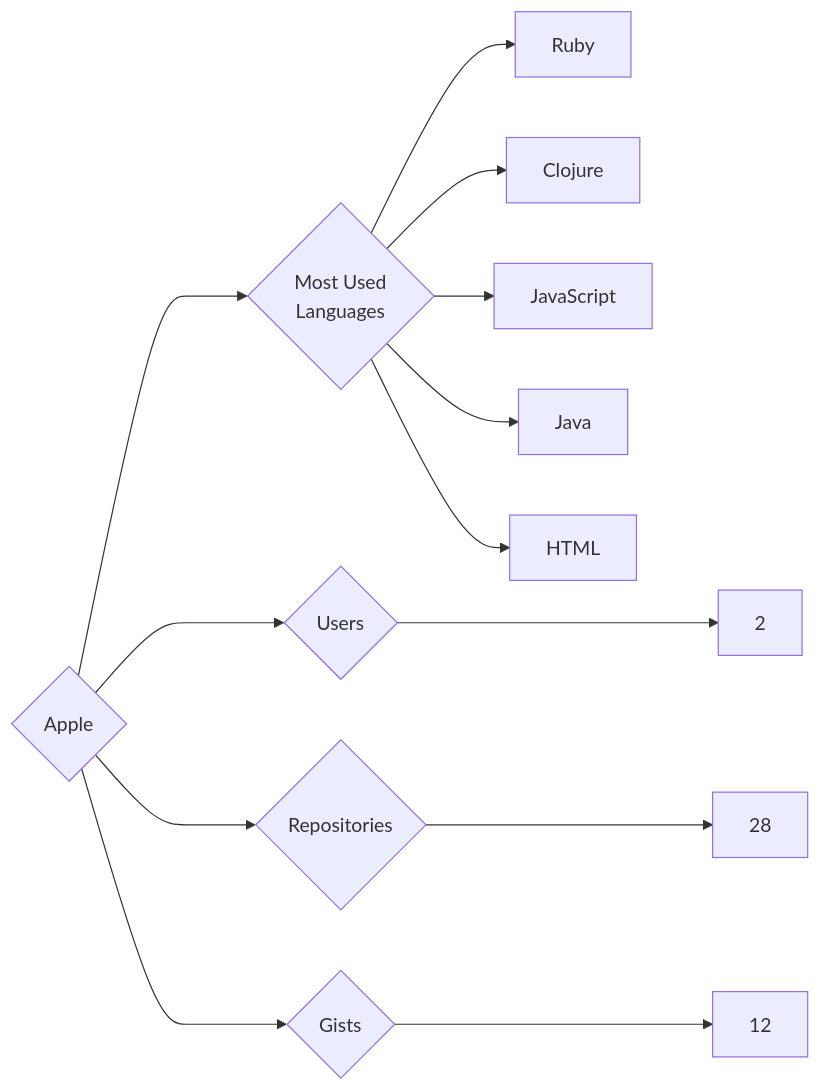
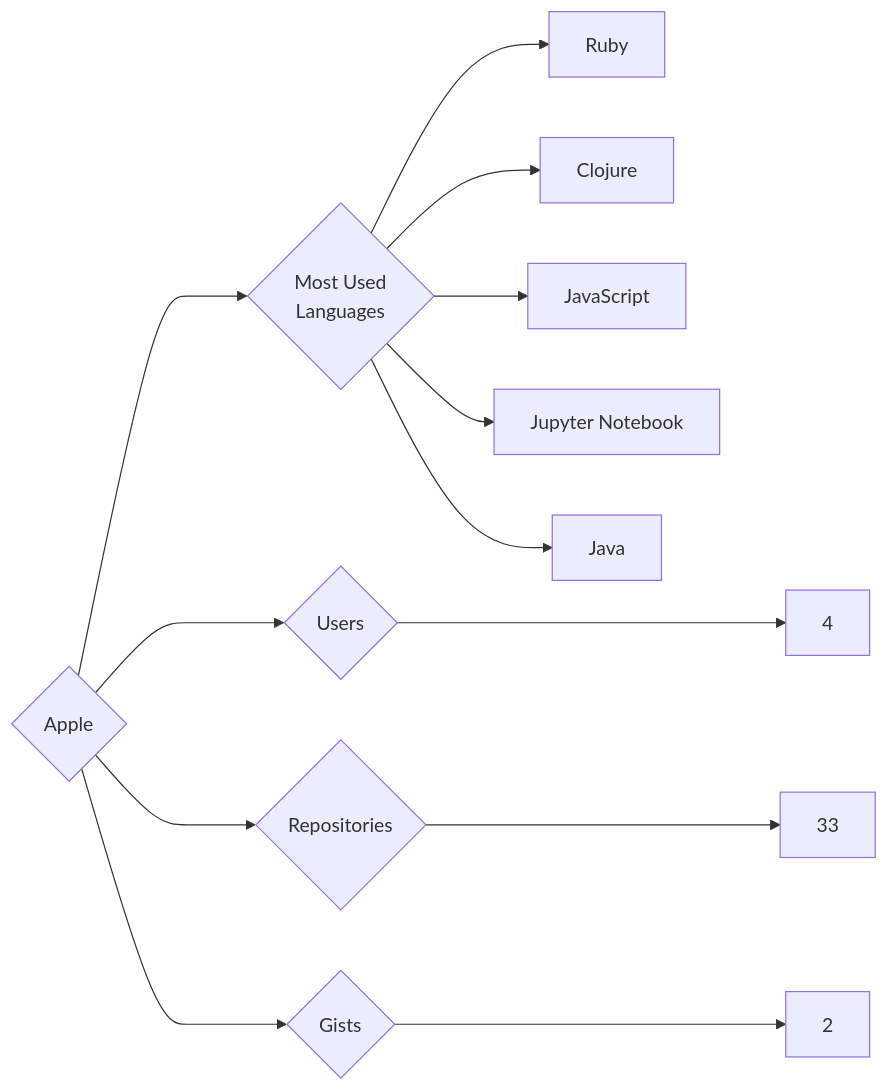
One commit to trickest/insiders changed the diagram in targets/Apple/README.md. Above: the diagram before and after it, drawn with Mermaid. The commit also changed 942 other files, not shown here.

````diff
--- a/targets/Apple/README.md
+++ b/targets/Apple/README.md
@@ -3,13 +3,13 @@
 ```mermaid
 graph LR
 COMPANY_NAME{Apple}
-COMPANY_NAME ---> U{Users} ---> UN[2]
-COMPANY_NAME ---> R{Repositories} ---> RN[28]
-COMPANY_NAME ---> G{Gists} ---> GN[12]
+COMPANY_NAME ---> U{Users} ---> UN[4]
+COMPANY_NAME ---> R{Repositories} ---> RN[33]
+COMPANY_NAME ---> G{Gists} ---> GN[2]
 COMPANY_NAME ---> ML{Most Used<br>Languages}
 ML --> Ruby[Ruby]
 ML --> Clojure[Clojure]
 ML --> JavaScript[JavaScript]
+ML --> Jupyter_Notebook[Jupyter Notebook]
 ML --> Java[Java]
-ML --> HTML[HTML]
 ```
````
